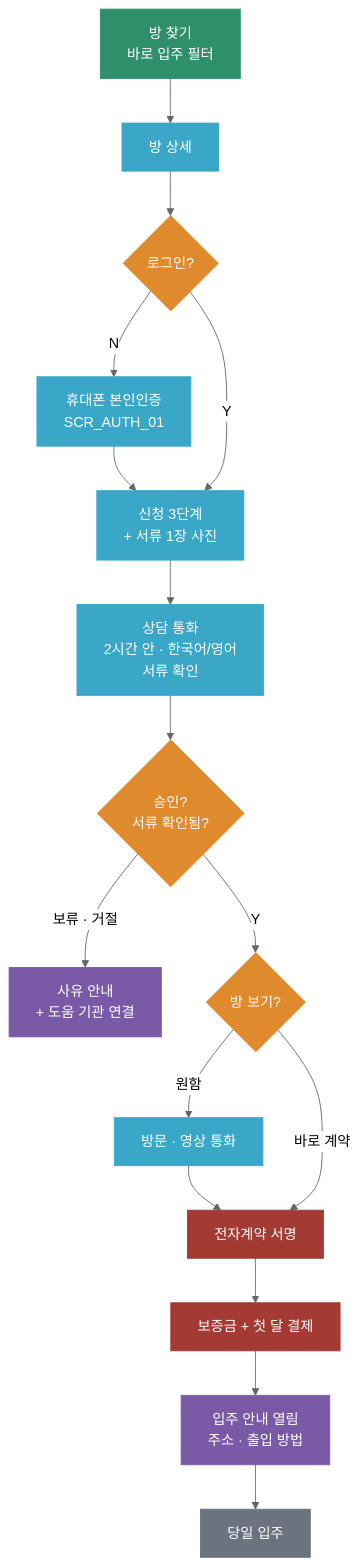
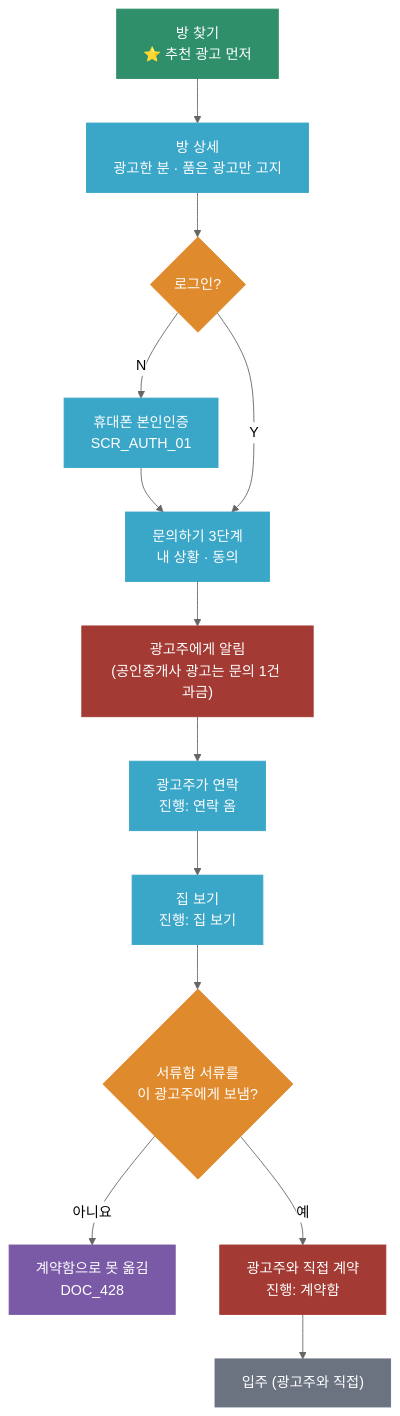
One commit to mijin1996/wepApp_shareRoom_poom changed the first of 2 diagrams in docs/Proposal/planner_IA_Flow.md. Above: the diagram before and after it, drawn with Mermaid (neutral theme). The commit also changed other lines of this file and 12 other files, not shown here.

````diff
--- a/docs/Proposal/planner_IA_Flow.md
+++ b/docs/Proposal/planner_IA_Flow.md
@@ -70,22 +72,20 @@
 ```mermaid
 flowchart TB
-  A["방 찾기<br/>바로 입주 필터"]:::start --> B["방 상세"]:::proc
+  A["방 찾기<br/>⭐ 추천 광고 먼저"]:::start --> B["방 상세<br/>광고한 분 · 품은 광고만 고지"]:::proc
   B --> C{"로그인?"}:::judge
   C -- N --> D["휴대폰 본인인증<br/>SCR_AUTH_01"]:::proc --> E
-  C -- Y --> E["신청 3단계<br/>+ 서류 1장 사진"]:::proc
-  E --> F["상담 통화<br/>2시간 안 · 한국어/영어<br/>서류 확인"]:::proc
-  F --> G{"승인?<br/>서류 확인됨?"}:::judge
-  G -- 보류 · 거절 --> H["사유 안내<br/>+ 도움 기관 연결"]:::out
-  G -- Y --> I{"방 보기?"}:::judge
-  I -- 원함 --> I2["방문 · 영상 통화"]:::proc --> J
-  I -- 바로 계약 --> J["전자계약 서명"]:::val
-  J --> K["보증금 + 첫 달 결제"]:::val
-  K --> L["입주 안내 열림<br/>주소 · 출입 방법"]:::out
-  L --> M["당일 입주"]:::endn
+  C -- Y --> E["문의하기 3단계<br/>내 상황 · 동의"]:::proc
+  E --> F["광고주에게 알림<br/>(공인중개사 광고는 문의 1건 과금)"]:::val
+  F --> G["광고주가 연락<br/>진행: 연락 옴"]:::proc
+  G --> H["집 보기<br/>진행: 집 보기"]:::proc
+  H --> I{"서류함 서류를<br/>이 광고주에게 보냄?"}:::judge
+  I -- 아니요 --> J["계약함으로 못 옮김<br/>DOC_428"]:::out
+  I -- 예 --> K["광고주와 직접 계약<br/>진행: 계약함"]:::val
+  K --> L["입주 (광고주와 직접)"]:::endn
   classDef start fill:#2F8F6B,color:#fff,stroke:#2F8F6B
   classDef proc fill:#3AA6C8,color:#fff,stroke:#3AA6C8
   classDef val fill:#A33A33,color:#fff,stroke:#A33A33
   classDef judge fill:#E08A2E,color:#fff,stroke:#E08A2E
   classDef out fill:#7A5AA6,color:#fff,stroke:#7A5AA6
   classDef endn fill:#6B7280,color:#fff,stroke:#6B7280
 ```
````
